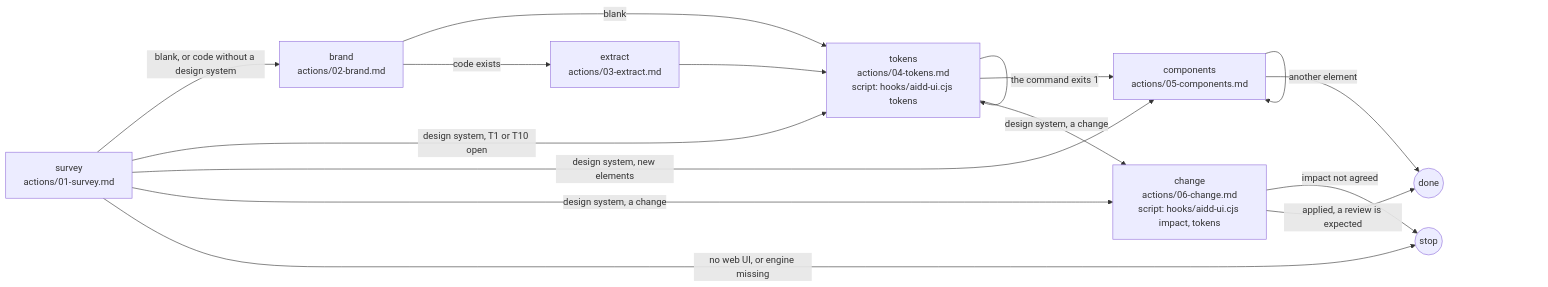
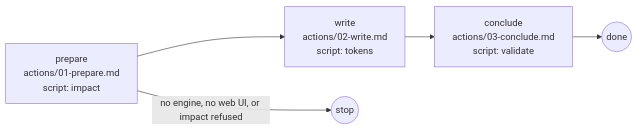
One commit to ai-driven-dev/framework changed the diagram in plugins/aidd-ui/skills/01-system/SKILL.md. Above: the diagram before and after it, drawn with Mermaid. The commit also changed other lines of this file and 24 other files, not shown here.

First line of the commit message:
refactor(aidd-ui): write 01-system in the lean skill format

````diff
--- a/plugins/aidd-ui/skills/01-system/SKILL.md
+++ b/plugins/aidd-ui/skills/01-system/SKILL.md
@@ -10,18 +10,7 @@
 ```mermaid
 flowchart LR
-  survey["survey<br>actions/01-survey.md"] -->|"blank, or code without a design system"| brand["brand<br>actions/02-brand.md"]
-  brand -->|"blank"| tokens["tokens<br>actions/04-tokens.md<br>script: hooks/aidd-ui.cjs tokens"]
-  brand -->|"code exists"| extract["extract<br>actions/03-extract.md"]
-  extract --> tokens
-  tokens -->|"the command exits 1"| tokens
-  tokens --> components["components<br>actions/05-components.md"]
-  tokens -->|"design system, a change"| change
-  components -->|"another element"| components
-  components --> done((done))
-  survey -->|"design system, T1 or T10 open"| tokens
-  survey -->|"design system, new elements"| components
-  survey -->|"design system, a change"| change["change<br>actions/06-change.md<br>script: hooks/aidd-ui.cjs impact, tokens"]
-  change -->|"impact not agreed"| stop((stop))
-  change -->|"applied, a review is expected"| done
-  survey -->|"no web UI, or engine missing"| stop
+  prepare["prepare<br>actions/01-prepare.md<br>script: impact"] --> write["write<br>actions/02-write.md<br>script: tokens"]
+  write --> conclude["conclude<br>actions/03-conclude.md<br>script: validate"]
+  conclude --> done((done))
+  prepare -->|"no engine, no web UI, or impact refused"| stop((stop))
 ```
````
